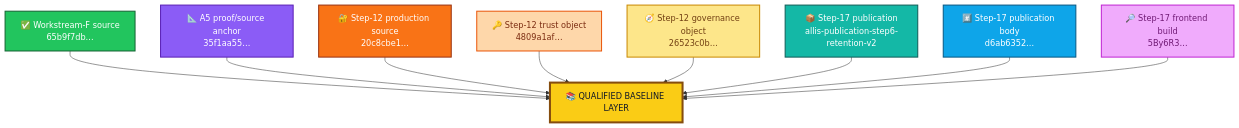
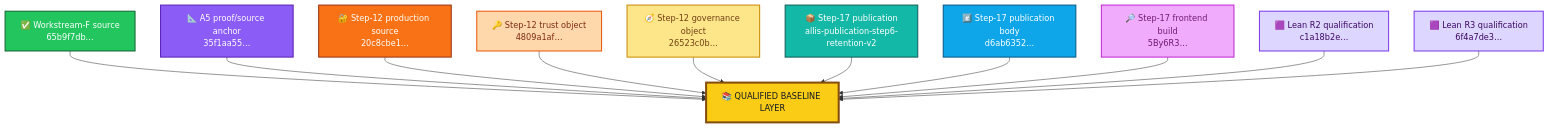
The first of 4 diagrams in acceptance/qualified-baseline/README.md (kiddstechnical/ALLIS-Artificial-Learning-and-Location-Intelligence-System), drawn with Mermaid before and after one commit. The commit also changed other lines of this file, not shown here.

First line of the commit message:
Introduce Lean R2 and Lean R3 qualification objects

````diff
--- a/acceptance/qualified-baseline/README.md
+++ b/acceptance/qualified-baseline/README.md
@@ -105,32 +113,37 @@
 ```mermaid
 flowchart TB
     Q["📚 QUALIFIED BASELINE LAYER"]:::root
 
     F["✅ Workstream-F source<br/>65b9f7db…"]:::f
     A["📐 A5 proof/source anchor<br/>35f1aa55…"]:::a
     D["🔐 Step-12 production source<br/>20c8cbe1…"]:::d
     T["🔑 Step-12 trust object<br/>4809a1af…"]:::trust
     V["🧭 Step-12 governance object<br/>26523c0b…"]:::gov
     P["📦 Step-17 publication<br/>allis-publication-step6-retention-v2"]:::p
     B["#️⃣ Step-17 publication body<br/>d6ab6352…"]:::body
     G["🔎 Step-17 frontend build<br/>5By6R3…"]:::gui
+    R2["🟪 Lean R2 qualification<br/>c1a18b2e…"]:::lean
+    R3["🟪 Lean R3 qualification<br/>6f4a7de3…"]:::lean
 
     F --> Q
     A --> Q
     D --> Q
     T --> Q
     V --> Q
     P --> Q
     B --> Q
     G --> Q
+    R2 --> Q
+    R3 --> Q
 
     classDef root fill:#facc15,stroke:#854d0e,color:#111827,stroke-width:4px;
     classDef f fill:#22c55e,stroke:#166534,color:#ffffff,stroke-width:2px;
     classDef a fill:#8b5cf6,stroke:#5b21b6,color:#ffffff,stroke-width:2px;
     classDef d fill:#f97316,stroke:#9a3412,color:#ffffff,stroke-width:2px;
     classDef trust fill:#fed7aa,stroke:#ea580c,color:#7c2d12,stroke-width:2px;
     classDef gov fill:#fde68a,stroke:#ca8a04,color:#713f12,stroke-width:2px;
     classDef p fill:#14b8a6,stroke:#115e59,color:#ffffff,stroke-width:2px;
     classDef body fill:#0ea5e9,stroke:#075985,color:#ffffff,stroke-width:2px;
     classDef gui fill:#f0abfc,stroke:#c026d3,color:#701a75,stroke-width:2px;
+    classDef lean fill:#ddd6fe,stroke:#7c3aed,color:#3b0764,stroke-width:2px;
 ```
````
